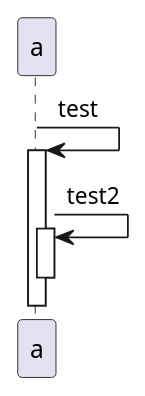
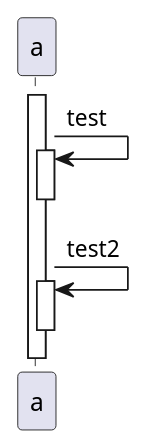
Before and after one commit to jimnelson372/plantuml_fork: the second of 2 diagrams in testteozmult_one.puml, drawn with PlantUML. The commit also changed 2 other files, not shown here.

```diff
--- a/testteozmult_one.puml
+++ b/testteozmult_one.puml
@@ -351,7 +351,10 @@
 @startuml
 
 '!pragma teoz true
-'activate a
-a -> a ++:test
+activate a
+a -> a :test
+activate a
+'a -[hidden]> a
+deactivate a
 a -> a ++-- : test2
 @enduml
```
